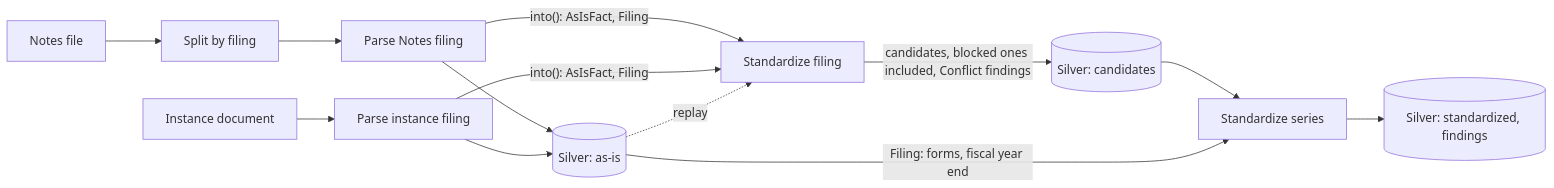
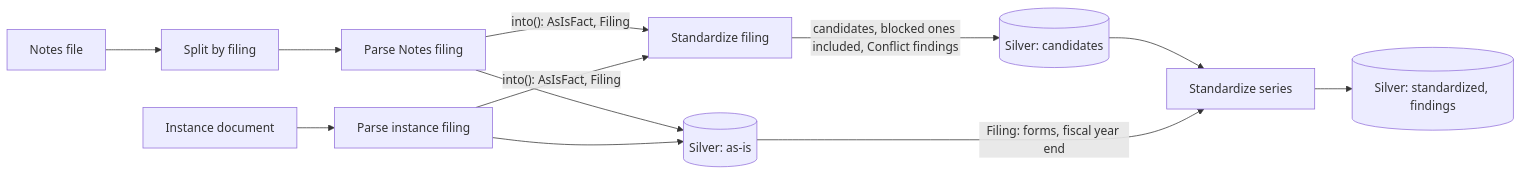
The second of 2 diagrams in xbrl/DESIGN.md (ironcapitaleu/arkad), drawn with Mermaid before and after one commit. The commit also changed other lines of this file and 7 other files, not shown here.

````diff
--- a/xbrl/DESIGN.md
+++ b/xbrl/DESIGN.md
@@ -2391,14 +2392,13 @@
 ```mermaid
 flowchart LR
   NF[Notes file] --> SP[Split by filing] --> PN[Parse Notes filing]
   IX[Instance document] --> PI[Parse instance filing]
   PN -- "into(): AsIsFact, Filing" --> SF[Standardize filing]
   PI -- "into(): AsIsFact, Filing" --> SF
   PN --> AS[(Silver: as-is)]
   PI --> AS
-  AS -. replay .-> SF
   SF -- "candidates, blocked ones included, Conflict findings" --> CS[(Silver: candidates)]
   CS --> SE[Standardize series]
   AS -- "Filing: forms, fiscal year end" --> SE
   SE --> ST[(Silver: standardized, findings)]
 ```
````
